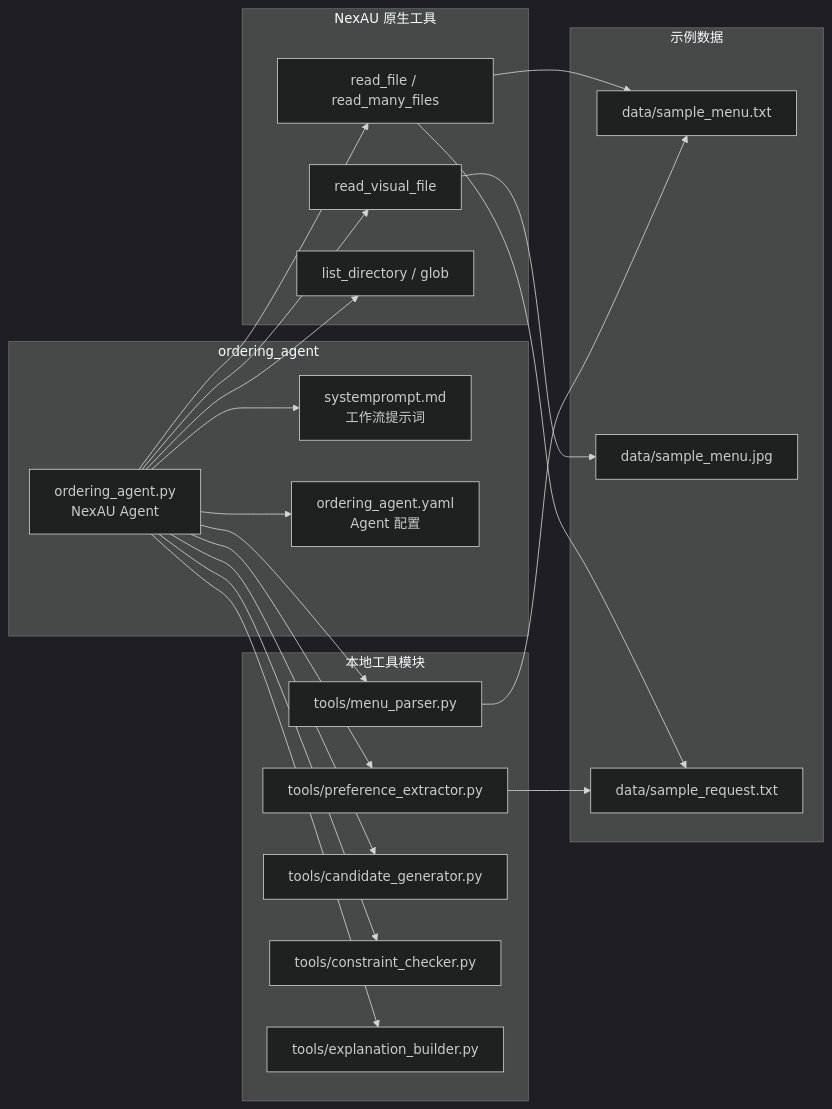
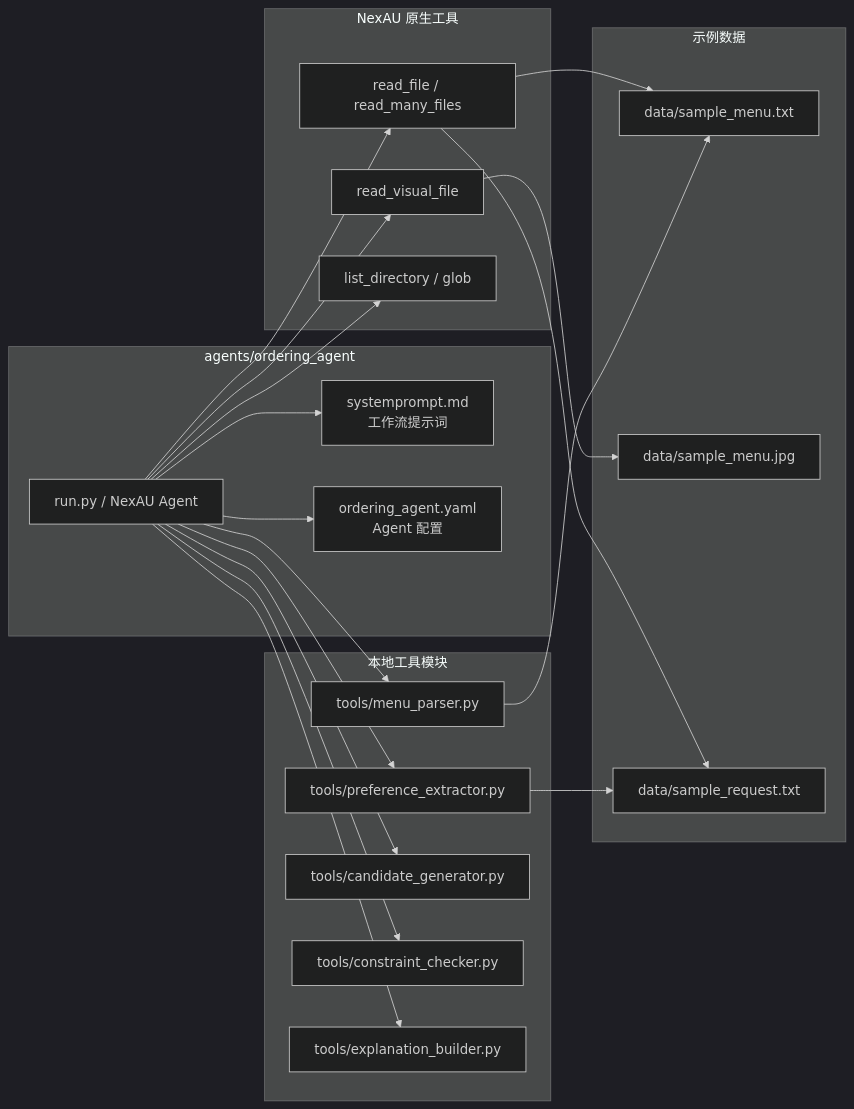
The third of 4 diagrams in docs/rfcs/0001-nexau-ordering-agent.md (leoli-jpg/north-hackathon-team-5-ordering), drawn with Mermaid (dark theme) before and after one commit. The commit also changed other lines of this file and 34 other files, not shown here.

````diff
--- a/docs/rfcs/0001-nexau-ordering-agent.md
+++ b/docs/rfcs/0001-nexau-ordering-agent.md
@@ -299,44 +299,44 @@
 ```mermaid
 flowchart LR
-    subgraph App["ordering_agent"]
-        Agent["ordering_agent.py\nNexAU Agent"]
+    subgraph App["agents/ordering_agent"]
+        Agent["run.py / NexAU Agent"]
         Prompt["systemprompt.md\n工作流提示词"]
         Config["ordering_agent.yaml\nAgent 配置"]
     end
 
     subgraph Native["NexAU 原生工具"]
         ReadFile["read_file / read_many_files"]
         ReadVisual["read_visual_file"]
         ListDir["list_directory / glob"]
     end
 
     subgraph Core["本地工具模块"]
         Parser["tools/menu_parser.py"]
         Extract["tools/preference_extractor.py"]
         Generate["tools/candidate_generator.py"]
         Check["tools/constraint_checker.py"]
         Explain["tools/explanation_builder.py"]
     end
 
     subgraph Data["示例数据"]
         Menu["data/sample_menu.txt"]
         Image["data/sample_menu.jpg"]
         Case["data/sample_request.txt"]
     end
 
     Agent --> Config
     Agent --> Prompt
     Agent --> ReadFile
     Agent --> ReadVisual
     Agent --> ListDir
     Agent --> Parser
     Agent --> Extract
     Agent --> Generate
     Agent --> Check
     Agent --> Explain
     ReadFile --> Menu
     ReadFile --> Case
     ReadVisual --> Image
     Parser --> Menu
     Extract --> Case
 ```
````
